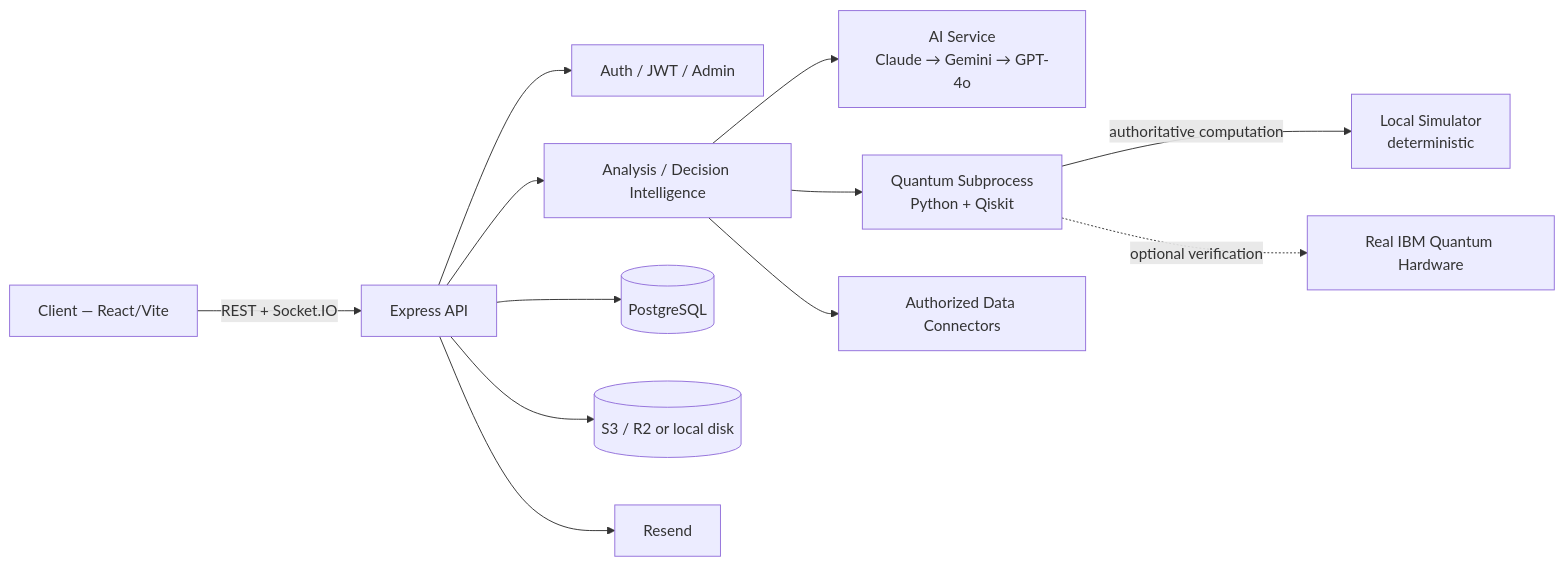
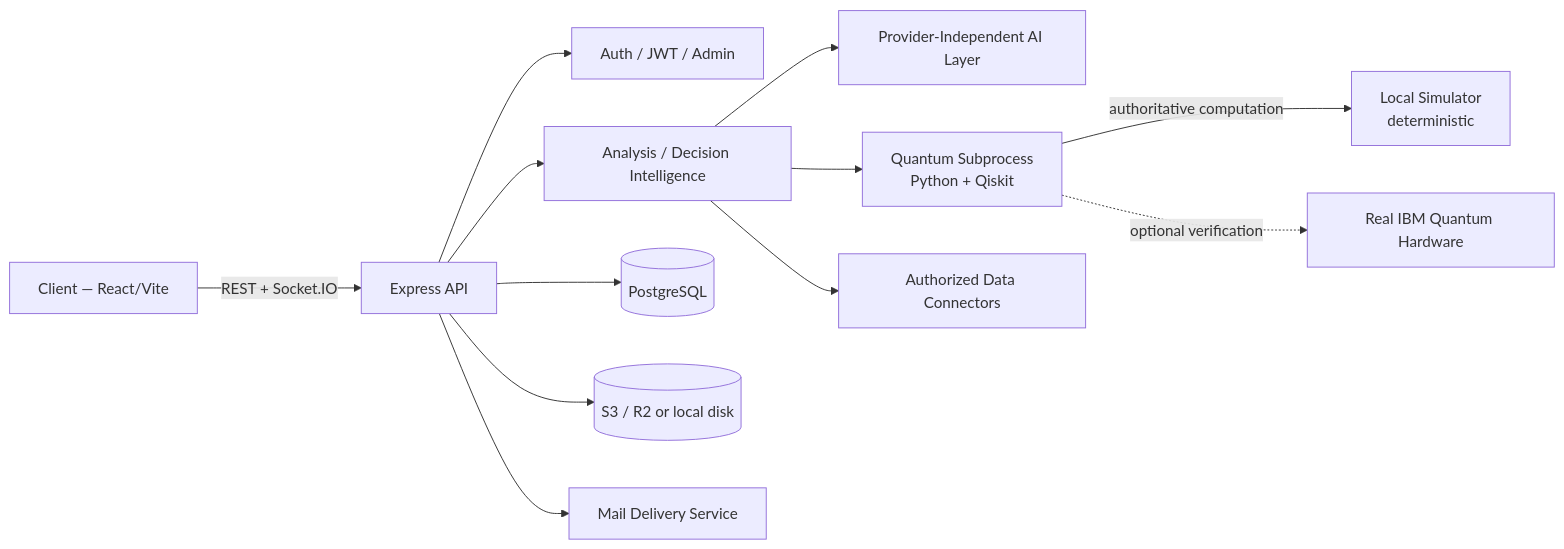
One commit to atabeyler/anatolia.bold.q changed the diagram in README.md. Above: the diagram before and after it, drawn with Mermaid. The commit also changed other lines of this file, not shown here.

Commit message:
docs: strengthen ANATOLIA-Q overview and provider-neutral AI positioning

````diff
--- a/README.md
+++ b/README.md
@@ -92,14 +152,14 @@
 ```mermaid
 flowchart LR
     User[Client — React/Vite] -->|REST + Socket.IO| API[Express API]
     API --> Auth[Auth / JWT / Admin]
     API --> Orchestrator[Analysis / Decision Intelligence]
-    Orchestrator --> AI[AI Service<br/>Claude → Gemini → GPT-4o]
+    Orchestrator --> AI[Provider-Independent AI Layer]
     Orchestrator --> Quantum[Quantum Subprocess<br/>Python + Qiskit]
     Orchestrator --> Connectors[Authorized Data Connectors]
     Quantum -->|authoritative computation| Sim[Local Simulator<br/>deterministic]
     Quantum -.->|optional verification| IBM[Real IBM Quantum Hardware]
     API --> DB[(PostgreSQL)]
     API --> Storage[(S3 / R2 or local disk)]
-    API --> Mail[Resend]
+    API --> Mail[Mail Delivery Service]
 ```
````
